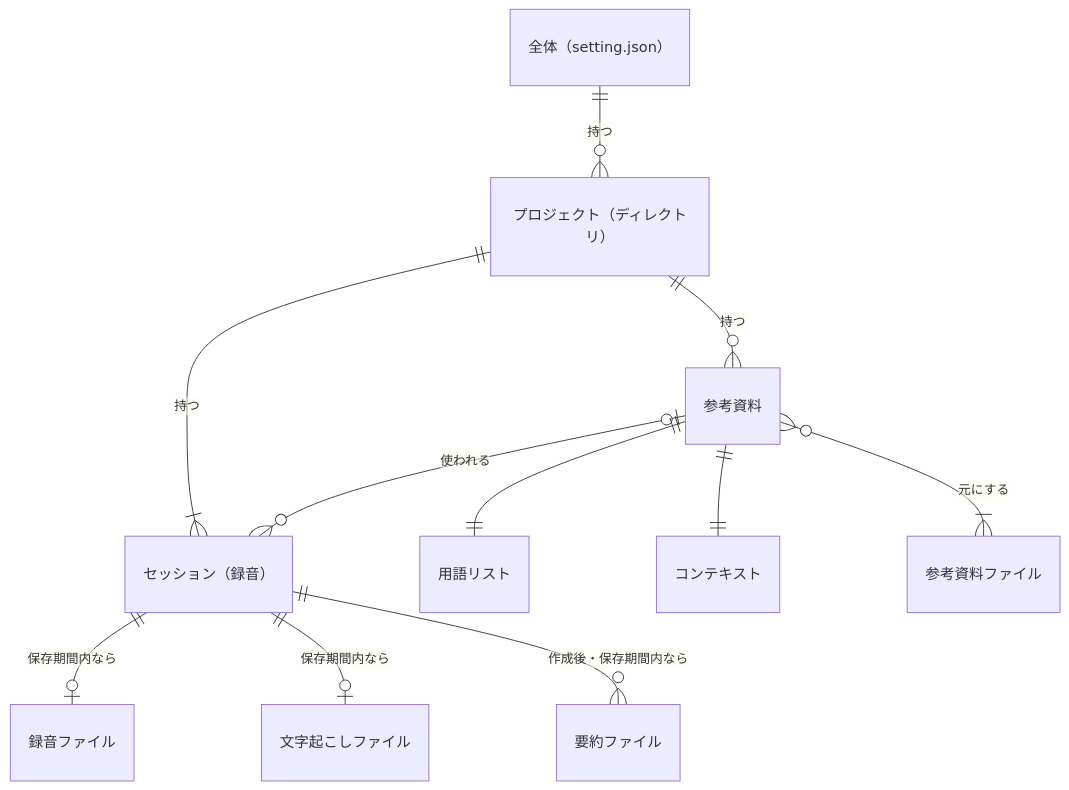
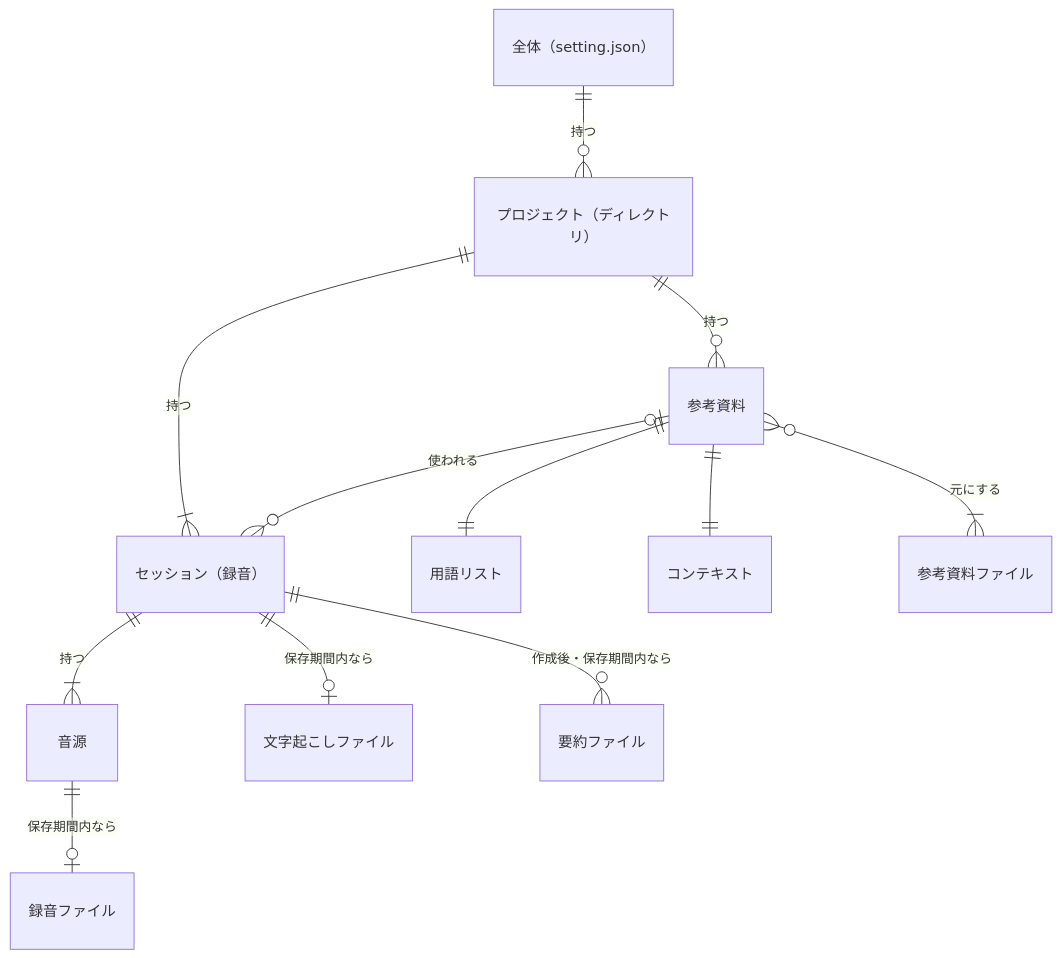
The diagram in docs/spec/data-model.md (Studio-Takumi/remote-whisper), drawn with Mermaid before and after one commit. The commit also changed other lines of this file and 5 other files, not shown here.

````diff
--- a/docs/spec/data-model.md
+++ b/docs/spec/data-model.md
@@ -5,24 +5,26 @@
 ```mermaid
 erDiagram
   ALL["全体（setting.json）"]
   PROJECT["プロジェクト（ディレクトリ）"]
   SESSION["セッション（録音）"]
+  SOURCE["音源"]
   RECORDING["録音ファイル"]
   TRANSCRIPT["文字起こしファイル"]
   SUMMARY["要約ファイル"]
   CSET["参考資料"]
   HOTWORDS["用語リスト"]
   CONTEXT["コンテキスト"]
   MATERIAL["参考資料ファイル"]
 
   ALL ||--o{ PROJECT : "持つ"
   PROJECT ||--|{ SESSION : "持つ"
   PROJECT ||--o{ CSET : "持つ"
   CSET |o--o{ SESSION : "使われる"
-  SESSION ||--o| RECORDING : "保存期間内なら"
+  SESSION ||--|{ SOURCE : "持つ"
+  SOURCE ||--o| RECORDING : "保存期間内なら"
   SESSION ||--o| TRANSCRIPT : "保存期間内なら"
   SESSION ||--o{ SUMMARY : "作成後・保存期間内なら"
   CSET ||--|| HOTWORDS : ""
   CSET ||--|| CONTEXT : ""
   CSET }o--|{ MATERIAL : "元にする"
 ```
````
